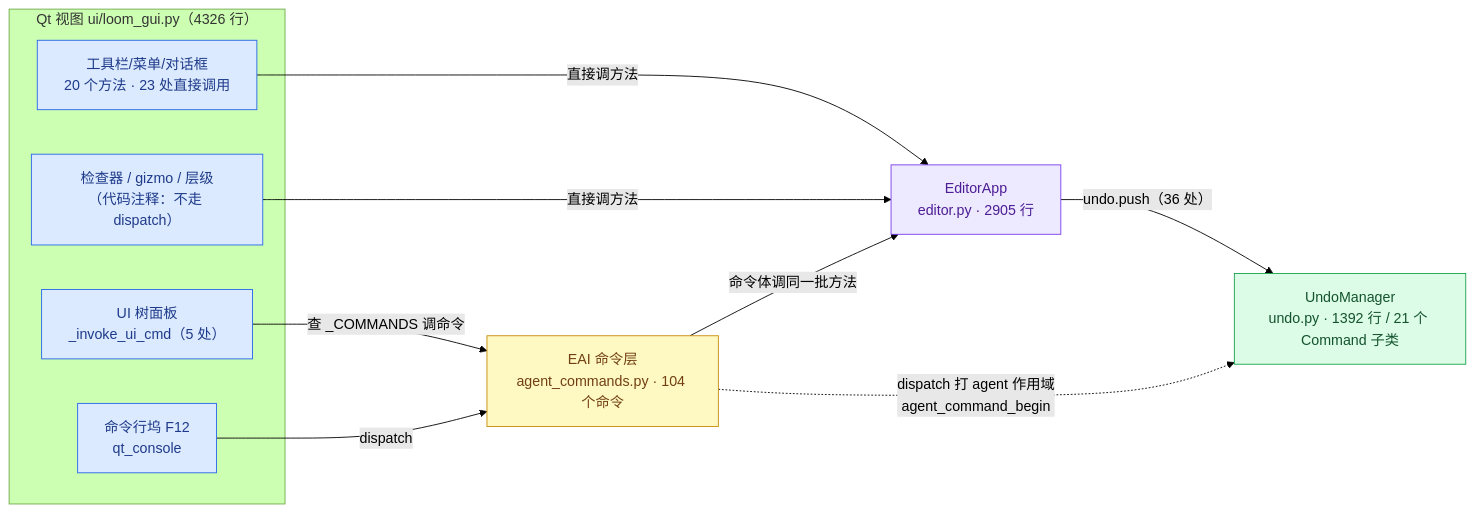
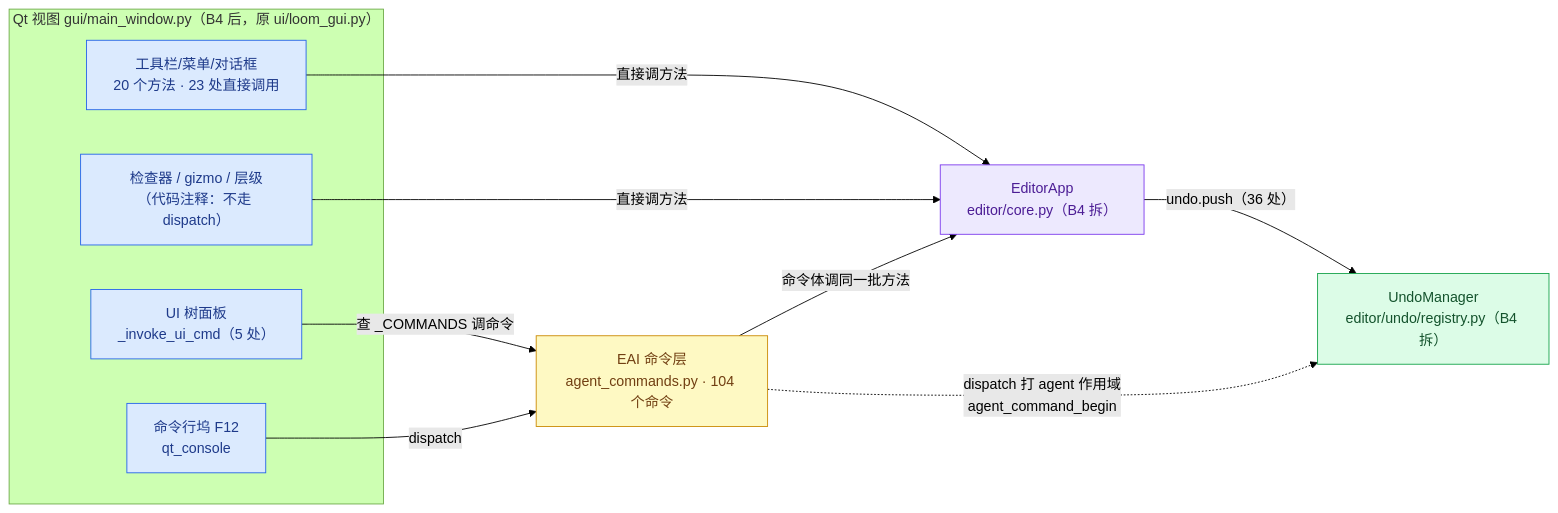
Diagram 17 of 23 in ARCHITECTURE.md (lhy302/WeaveEngine), drawn with Mermaid (forest theme) before and after one commit. The commit also changed other lines of this file and 75 other files, not shown here.

````diff
--- a/ARCHITECTURE.md
+++ b/ARCHITECTURE.md
@@ -842,23 +855,23 @@
 ```mermaid
 flowchart LR
-  subgraph GUIL["Qt 视图 ui/loom_gui.py（4326 行）"]
+  subgraph GUIL["Qt 视图 gui/main_window.py（B4 后，原 ui/loom_gui.py）"]
     G1["工具栏/菜单/对话框<br/>20 个方法 · 23 处直接调用"]:::gui
     G2["UI 树面板<br/>_invoke_ui_cmd（5 处）"]:::gui
     G3["检查器 / gizmo / 层级<br/>（代码注释：不走 dispatch）"]:::gui
     G4["命令行坞 F12<br/>qt_console"]:::gui
   end
   E["EAI 命令层<br/>agent_commands.py · 104 个命令"]:::eai
-  A["EditorApp<br/>editor.py · 2905 行"]:::facade
-  U["UndoManager<br/>undo.py · 1392 行 / 21 个 Command 子类"]:::undo
+  A["EditorApp<br/>editor/core.py（B4 拆）"]:::facade
+  U["UndoManager<br/>editor/undo/registry.py（B4 拆）"]:::undo
   G1 -->|直接调方法| A
   G3 -->|直接调方法| A
   G2 -->|查 _COMMANDS 调命令| E
   G4 -->|dispatch| E
   E -->|命令体调同一批方法| A
   A -->|undo.push（36 处）| U
   E -.->|dispatch 打 agent 作用域<br/>agent_command_begin| U
   classDef gui fill:#dbeafe,stroke:#2563eb,color:#1e3a8a
   classDef eai fill:#fef9c3,stroke:#ca8a04,color:#713f12
   classDef facade fill:#ede9fe,stroke:#7c3aed,color:#4c1d95
   classDef undo fill:#dcfce7,stroke:#16a34a,color:#14532d
 ```
````
